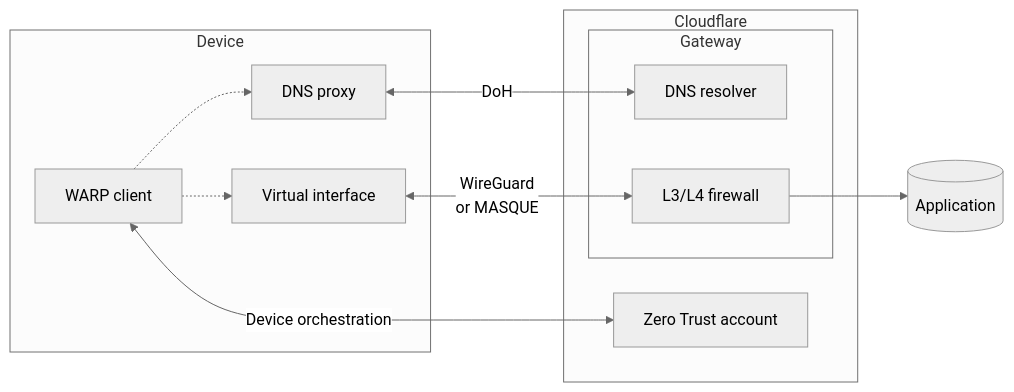
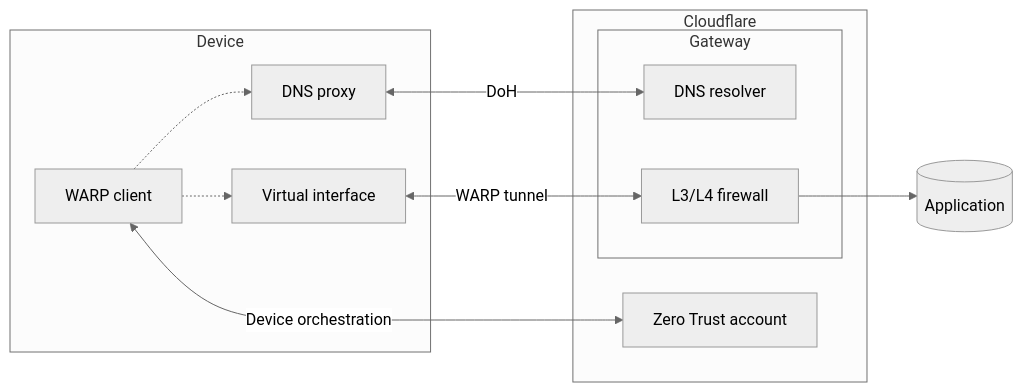
Before and after one commit to cloudflare/cloudflare-docs: the first of 3 diagrams in content/cloudflare-one/connections/connect-devices/warp/configure-warp/route-traffic/warp-architecture.md, drawn with Mermaid (neutral theme). The commit also changed other lines of this file and 1 other file, not shown here.

Commit message:
warp tunnel

````diff
--- a/content/cloudflare-one/connections/connect-devices/warp/configure-warp/route-traffic/warp-architecture.md
+++ b/content/cloudflare-one/connections/connect-devices/warp/configure-warp/route-traffic/warp-architecture.md
@@ -23,19 +23,19 @@
 ```mermaid
 flowchart LR
 subgraph Device
 W[WARP client] -.-> D
 D[DNS proxy]
 W -.-> V[Virtual interface]
 end
 subgraph Cloudflare
 A[Zero Trust account]
 subgraph Gateway
 G[DNS resolver]
 N[L3/L4 firewall]
 end
 end
 W<--Device orchestration-->A
 D<--DoH-->G
-V<--WireGuard </br> or MASQUE-->N
+V<--WARP tunnel-->N
 N --> O[(Application)]
 ```
````
